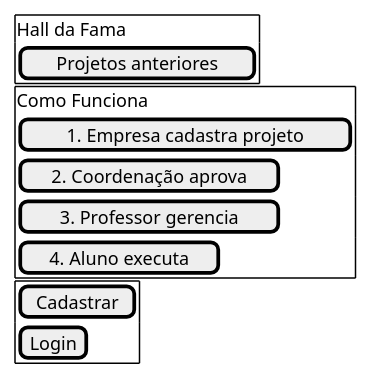
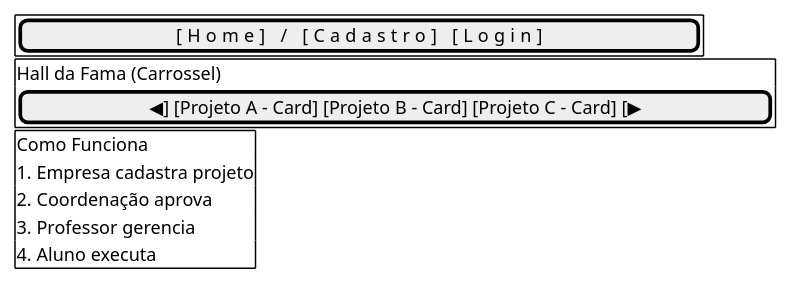
The diagram in docs/prototipo_home.salt.puml (Projetos-de-Extensao/PFE_25.2_8003_I), drawn with PlantUML before and after one commit. The commit also changed 24 other files, not shown here.

```diff
--- a/docs/prototipo_home.salt.puml
+++ b/docs/prototipo_home.salt.puml
@@ -1,20 +1,22 @@
 @startuml home
 salt
 {
   {+
-    Hall da Fama
-    [Projetos anteriores]
+    [[Home]                 /              [Cadastro] [Login]]
   }
+
+  {+
+    Hall da Fama (Carrossel)
+    [◀] [Projeto A - Card] [Projeto B - Card] [Projeto C - Card] [▶]
+  }
+
   {+
     Como Funciona
-    [1. Empresa cadastra projeto]
-    [2. Coordenação aprova]
-    [3. Professor gerencia]
-    [4. Aluno executa]
-  }
-  {+
-    [Cadastrar]
-    [Login]
+    1. Empresa cadastra projeto
+    2. Coordenação aprova
+    3. Professor gerencia
+    4. Aluno executa
   }
 }
+
 @enduml
```
